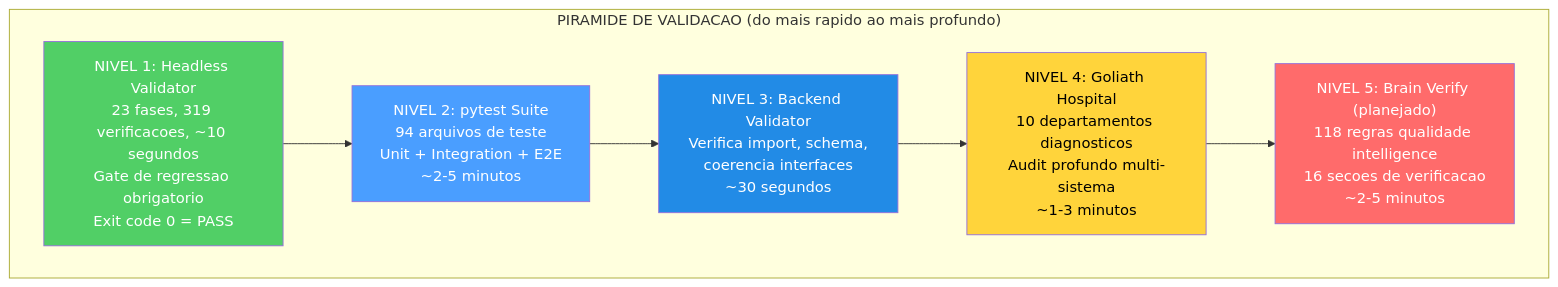
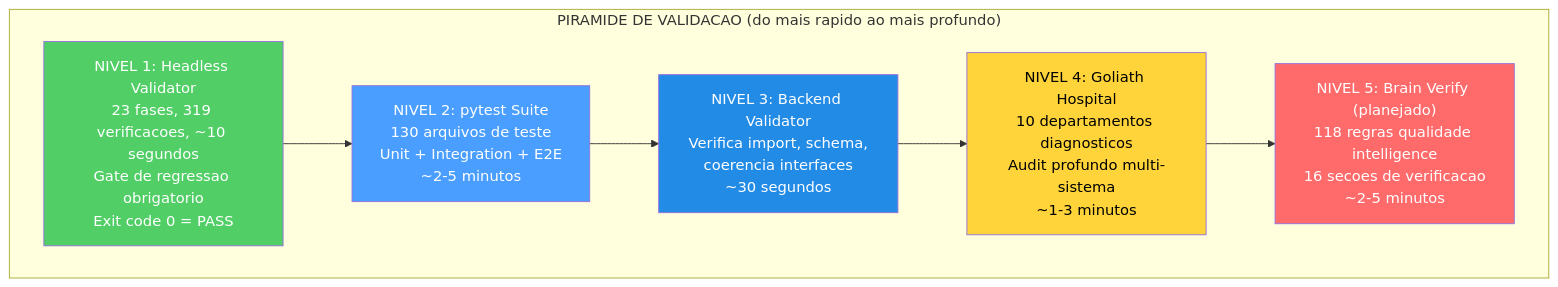
Before and after one commit to renanaugustomacena-ux/Counter-Strike-coach-AI: diagram 38 of 53 in docs/books/Book-Coach-3-pt.md, drawn with Mermaid. The commit also changed other lines of this file and 2 other files, not shown here.

````diff
--- a/docs/books/Book-Coach-3-pt.md
+++ b/docs/books/Book-Coach-3-pt.md
@@ -2099,16 +2026,16 @@
 ```mermaid
 flowchart TB
     subgraph PYRAMID["PIRAMIDE DE VALIDACAO (do mais rapido ao mais profundo)"]
         L1["NIVEL 1: Headless Validator<br/>23 fases, 319 verificacoes, ~10 segundos<br/>Gate de regressao obrigatorio<br/>Exit code 0 = PASS"]
-        L2["NIVEL 2: pytest Suite<br/>94 arquivos de teste<br/>Unit + Integration + E2E<br/>~2-5 minutos"]
+        L2["NIVEL 2: pytest Suite<br/>130 arquivos de teste<br/>Unit + Integration + E2E<br/>~2-5 minutos"]
         L3["NIVEL 3: Backend Validator<br/>Verifica import, schema,<br/>coerencia interfaces<br/>~30 segundos"]
         L4["NIVEL 4: Goliath Hospital<br/>10 departamentos diagnosticos<br/>Audit profundo multi-sistema<br/>~1-3 minutos"]
         L5["NIVEL 5: Brain Verify (planejado)<br/>118 regras qualidade intelligence<br/>16 secoes de verificacao<br/>~2-5 minutos"]
     end
     L1 --> L2 --> L3 --> L4 --> L5
     style L1 fill:#51cf66,color:#fff
     style L2 fill:#4a9eff,color:#fff
     style L3 fill:#228be6,color:#fff
     style L4 fill:#ffd43b,color:#000
     style L5 fill:#ff6b6b,color:#fff
 ```
````
